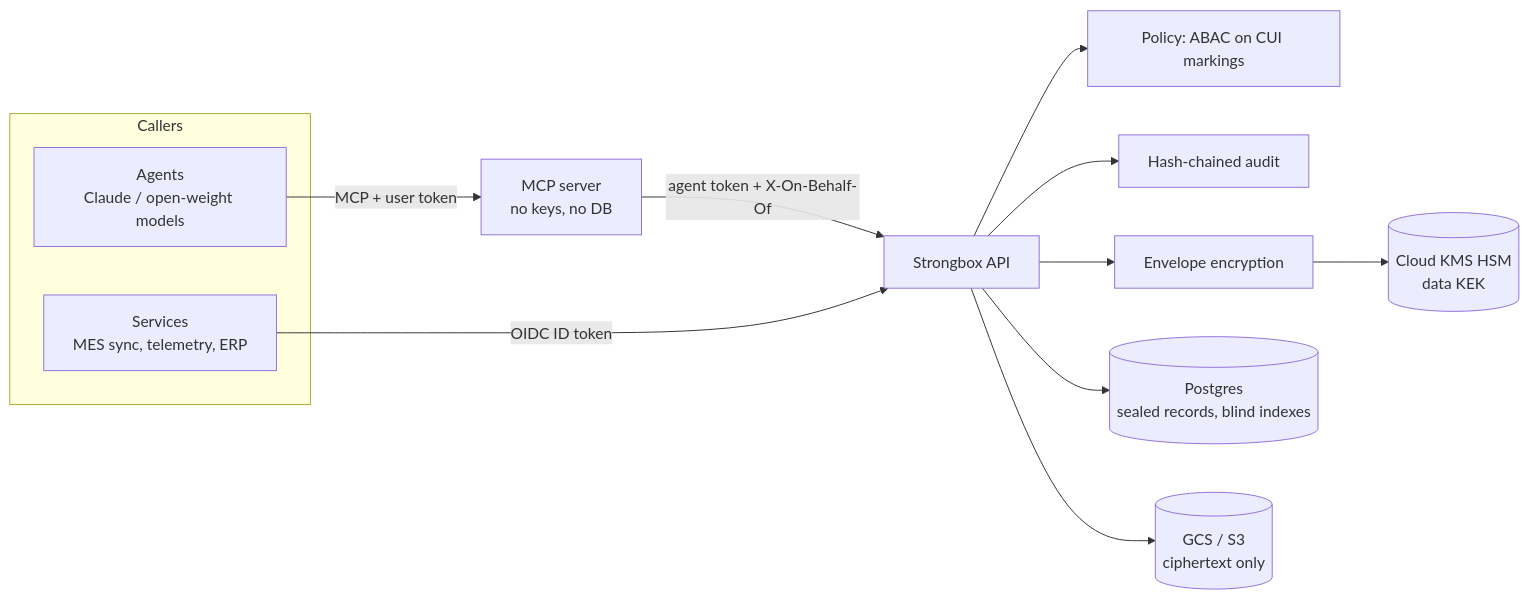
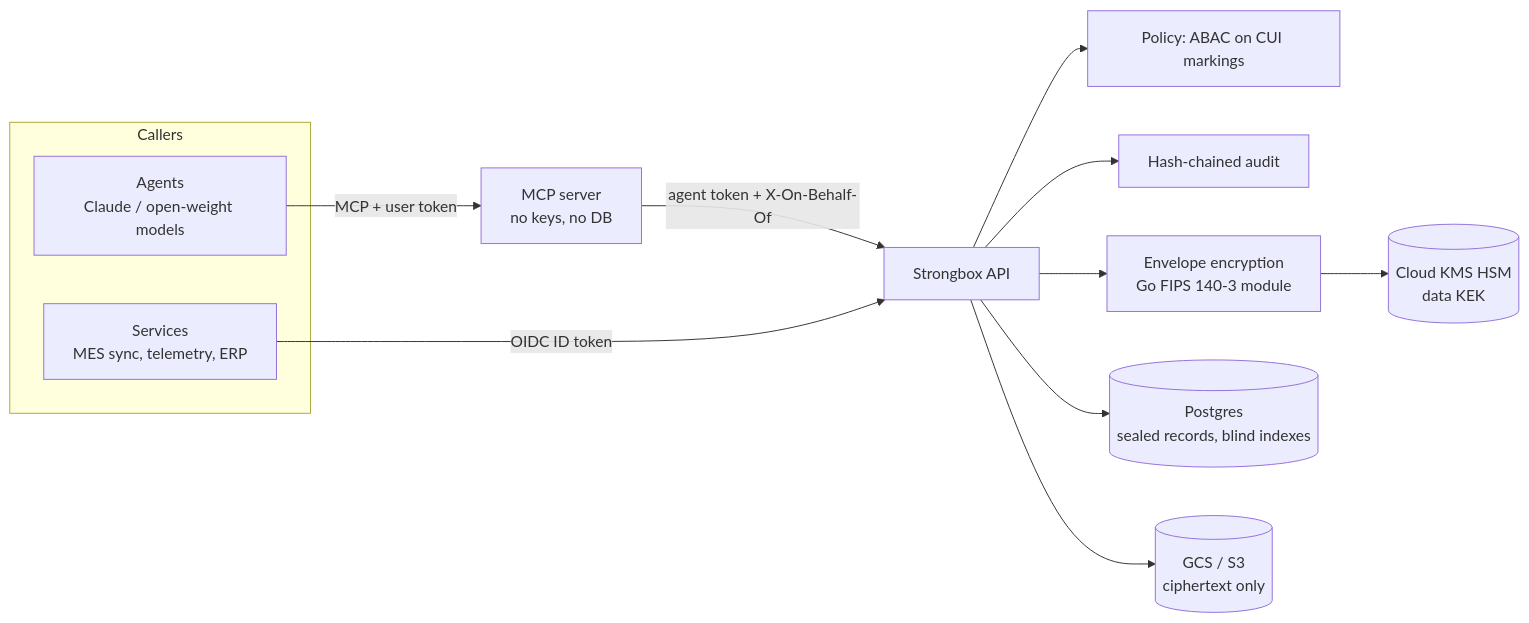
The diagram in README.md (paulmalmquist/storage_relspace), drawn with Mermaid before and after one commit. The commit also changed other lines of this file and 105 other files, not shown here.

````diff
--- a/README.md
+++ b/README.md
@@ -13,16 +13,16 @@
 ```mermaid
 flowchart LR
   subgraph Callers
     S[Services<br/>MES sync, telemetry, ERP]
     A[Agents<br/>Claude / open-weight models]
   end
   A -->|MCP + user token| M[MCP server<br/>no keys, no DB]
   M -->|agent token + X-On-Behalf-Of| API
   S -->|OIDC ID token| API[Strongbox API]
   API --> P[Policy: ABAC on CUI markings]
   API --> AU[Hash-chained audit]
-  API --> E[Envelope encryption]
+  API --> E[Envelope encryption<br/>Go FIPS 140-3 module]
   E --> KMS[(Cloud KMS HSM<br/>data KEK)]
   API --> PG[(Postgres<br/>sealed records, blind indexes)]
   API --> OBJ[(GCS / S3<br/>ciphertext only)]
 ```
````
